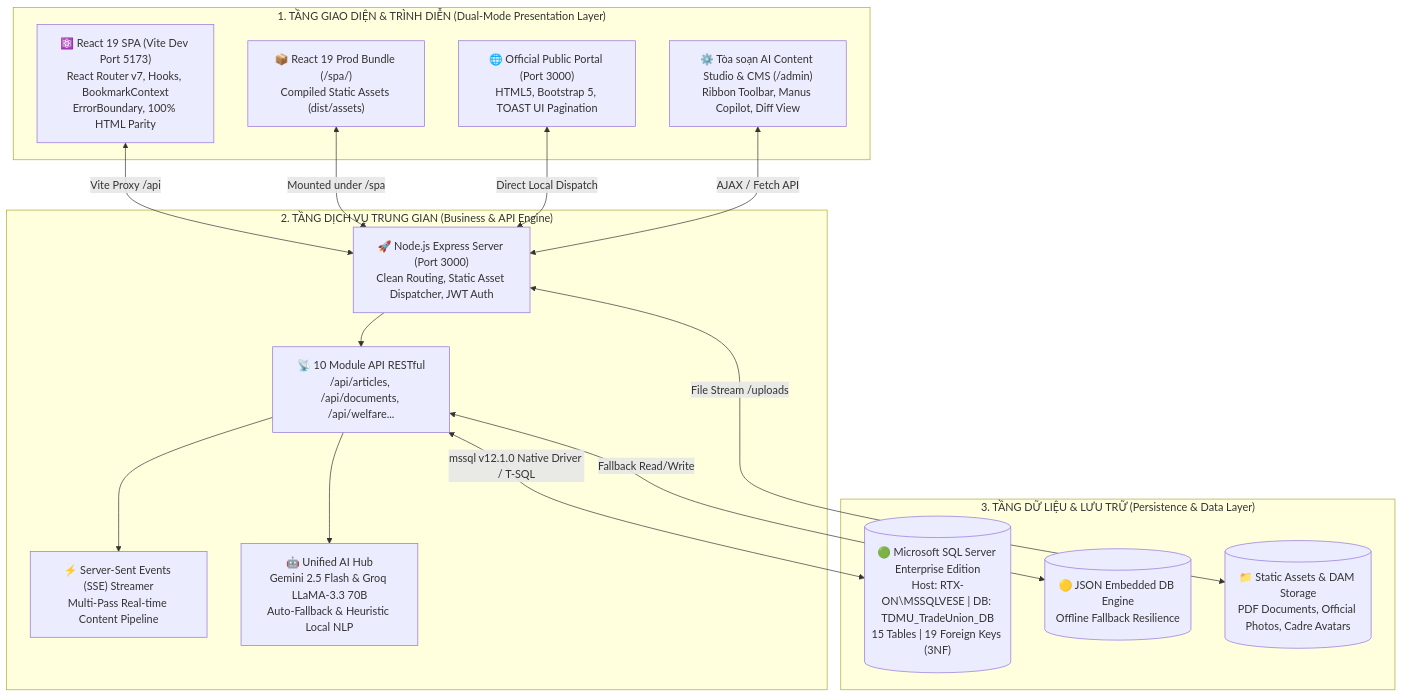
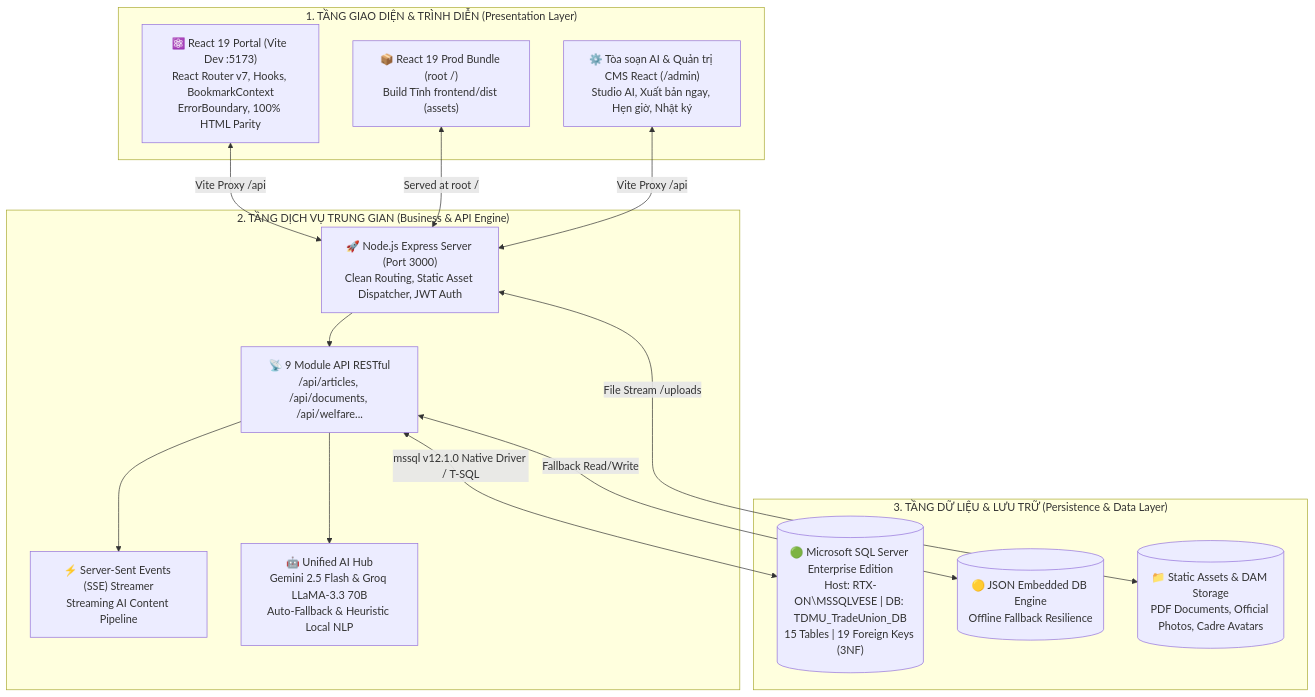
One commit to t5ry7y88889/CongDoanTDMU changed the diagram in README.md. Above: the diagram before and after it, drawn with Mermaid. The commit also changed other lines of this file and 54 other files, not shown here.

First line of the commit message:
feat(admin): polish React admin Studio (preview/publish/schedule), remove legacy static CMS, refresh docs

````diff
--- a/README.md
+++ b/README.md
@@ -47,33 +47,31 @@
 ```mermaid
 graph TB
-    subgraph ClientLayer ["1. TẦNG GIAO DIỆN & TRÌNH DIỄN (Dual-Mode Presentation Layer)"]
-        ReactApp["⚛️ React 19 SPA (Vite Dev Port 5173)<br>React Router v7, Hooks, BookmarkContext<br>ErrorBoundary, 100% HTML Parity"]
-        SPABuild["📦 React 19 Prod Bundle (/spa/)<br>Compiled Static Assets (dist/assets)"]
-        PortalApp["🌐 Official Public Portal (Port 3000)<br>HTML5, Bootstrap 5, TOAST UI Pagination"]
-        AdminCMS["⚙️ Tòa soạn AI Content Studio & CMS (/admin)<br>Ribbon Toolbar, Manus Copilot, Diff View"]
+    subgraph ClientLayer ["1. TẦNG GIAO DIỆN & TRÌNH DIỄN (Presentation Layer)"]
+        ReactApp["⚛️ React 19 Portal (Vite Dev :5173)<br>React Router v7, Hooks, BookmarkContext<br>ErrorBoundary, 100% HTML Parity"]
+        SPABuild["📦 React 19 Prod Bundle (root /)<br>Build Tĩnh frontend/dist (assets)"]
+        AdminCMS["⚙️ Tòa soạn AI & Quản trị CMS React (/admin)<br>Studio AI, Xuất bản ngay, Hẹn giờ, Nhật ký"]
     end
 
     subgraph ServiceLayer ["2. TẦNG DỊCH VỤ TRUNG GIAN (Business & API Engine)"]
         Express["🚀 Node.js Express Server (Port 3000)<br>Clean Routing, Static Asset Dispatcher, JWT Auth"]
-        APIRouter["📡 10 Module API RESTful<br>/api/articles, /api/documents, /api/welfare..."]
-        SSEHub["⚡ Server-Sent Events (SSE) Streamer<br>Multi-Pass Real-time Content Pipeline"]
+        APIRouter["📡 9 Module API RESTful<br>/api/articles, /api/documents, /api/welfare..."]
+        SSEHub["⚡ Server-Sent Events (SSE) Streamer<br>Streaming AI Content Pipeline"]
         AIGateway["🤖 Unified AI Hub<br>Gemini 2.5 Flash & Groq LLaMA-3.3 70B<br>Auto-Fallback & Heuristic Local NLP"]
     end
 
     subgraph DataLayer ["3. TẦNG DỮ LIỆU & LƯU TRỮ (Persistence & Data Layer)"]
         MSSQL[("🟢 Microsoft SQL Server Enterprise Edition<br>Host: RTX-ON\MSSQLVESE | DB: TDMU_TradeUnion_DB<br>15 Tables | 19 Foreign Keys (3NF)")]
         JSONDB[("🟡 JSON Embedded DB Engine<br>Offline Fallback Resilience")]
         FileDAM[("📁 Static Assets & DAM Storage<br>PDF Documents, Official Photos, Cadre Avatars")]
     end
 
     ReactApp <-->|Vite Proxy /api| Express
-    SPABuild <-->|Mounted under /spa| Express
-    PortalApp <-->|Direct Local Dispatch| Express
-    AdminCMS <-->|AJAX / Fetch API| Express
+    SPABuild <-->|Served at root /| Express
+    AdminCMS <-->|Vite Proxy /api| Express
     Express --> APIRouter
     APIRouter --> SSEHub
     APIRouter --> AIGateway
     APIRouter <-->|mssql v12.1.0 Native Driver / T-SQL| MSSQL
     APIRouter <-->|Fallback Read/Write| JSONDB
     Express <-->|File Stream /uploads| FileDAM
 ```
````
